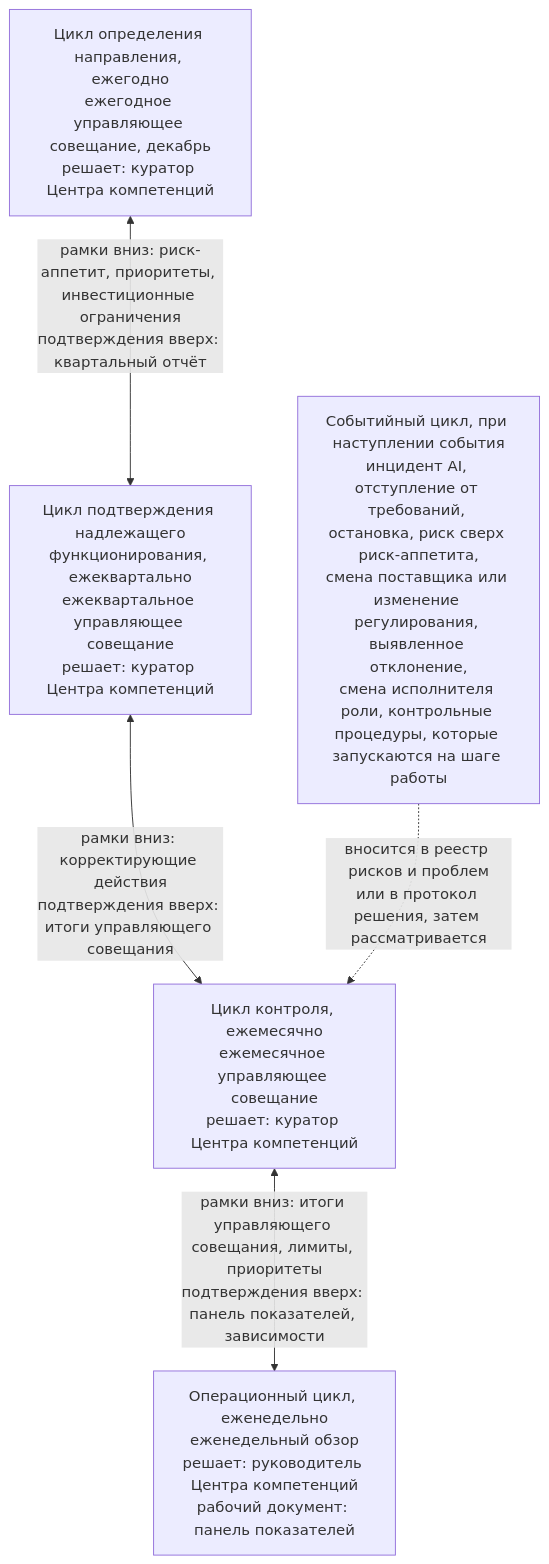
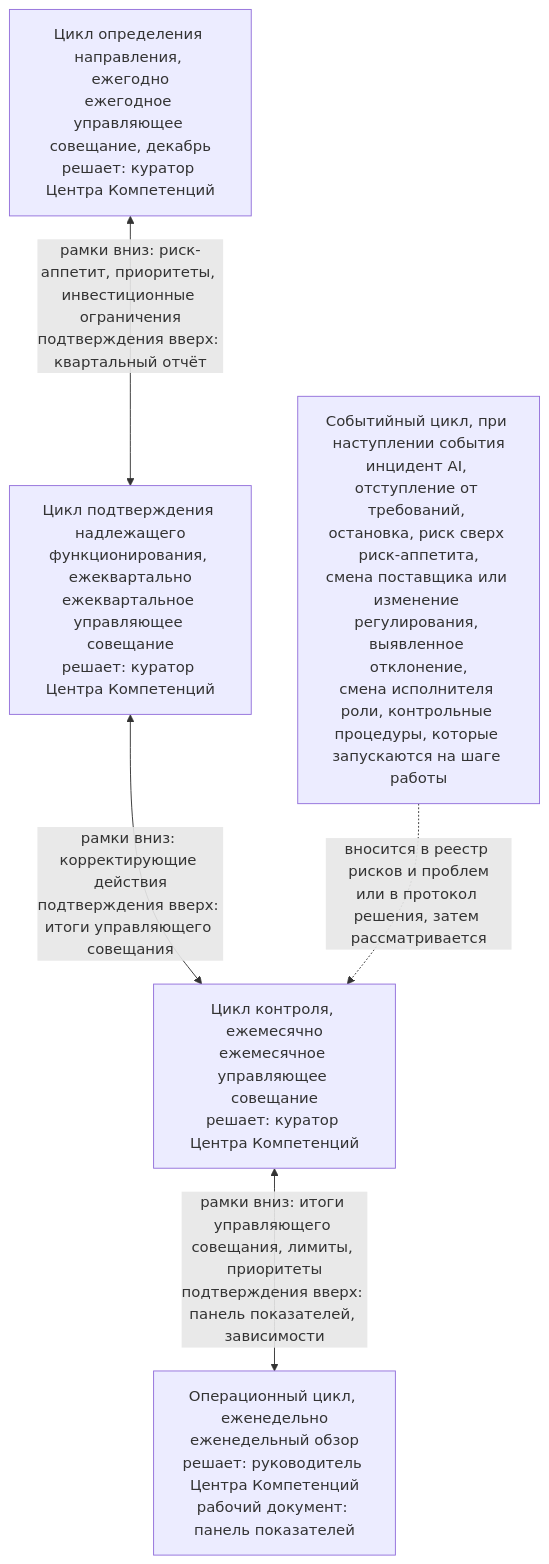
The second of 3 diagrams in charter/ru/guides/unit-governance-guide.md (devhogu/ob-aicc), drawn with Mermaid before and after one commit. The commit also changed other lines of this file and 550 other files, not shown here.

````diff
--- a/charter/ru/guides/unit-governance-guide.md
+++ b/charter/ru/guides/unit-governance-guide.md
@@ -52,12 +52,12 @@
 ```mermaid
 flowchart TB
-  DI["Цикл определения направления, ежегодно<br/>ежегодное управляющее совещание, декабрь<br/>решает: куратор Центра компетенций"]
-  AS["Цикл подтверждения надлежащего<br/>функционирования, ежеквартально<br/>ежеквартальное управляющее совещание<br/>решает: куратор Центра компетенций"]
-  CO["Цикл контроля, ежемесячно<br/>ежемесячное управляющее совещание<br/>решает: куратор Центра компетенций"]
-  OP["Операционный цикл, еженедельно<br/>еженедельный обзор<br/>решает: руководитель Центра компетенций<br/>рабочий документ: панель показателей"]
+  DI["Цикл определения направления, ежегодно<br/>ежегодное управляющее совещание, декабрь<br/>решает: куратор Центра Компетенций"]
+  AS["Цикл подтверждения надлежащего<br/>функционирования, ежеквартально<br/>ежеквартальное управляющее совещание<br/>решает: куратор Центра Компетенций"]
+  CO["Цикл контроля, ежемесячно<br/>ежемесячное управляющее совещание<br/>решает: куратор Центра Компетенций"]
+  OP["Операционный цикл, еженедельно<br/>еженедельный обзор<br/>решает: руководитель Центра Компетенций<br/>рабочий документ: панель показателей"]
   DI <-->|"рамки вниз: риск-аппетит, приоритеты, инвестиционные ограничения<br/>подтверждения вверх: квартальный отчёт"| AS
   AS <-->|"рамки вниз: корректирующие действия<br/>подтверждения вверх: итоги управляющего совещания"| CO
   CO <-->|"рамки вниз: итоги управляющего совещания, лимиты, приоритеты<br/>подтверждения вверх: панель показателей, зависимости"| OP
   EV["Событийный цикл, при наступлении события<br/>инцидент AI, отступление от требований, остановка, риск сверх риск-аппетита,<br/>смена поставщика или изменение регулирования, выявленное отклонение,<br/>смена исполнителя роли, контрольные процедуры, которые запускаются на шаге работы"]
   EV -.->|"вносится в реестр рисков и проблем<br/>или в протокол решения, затем рассматривается"| CO
 ```
````
